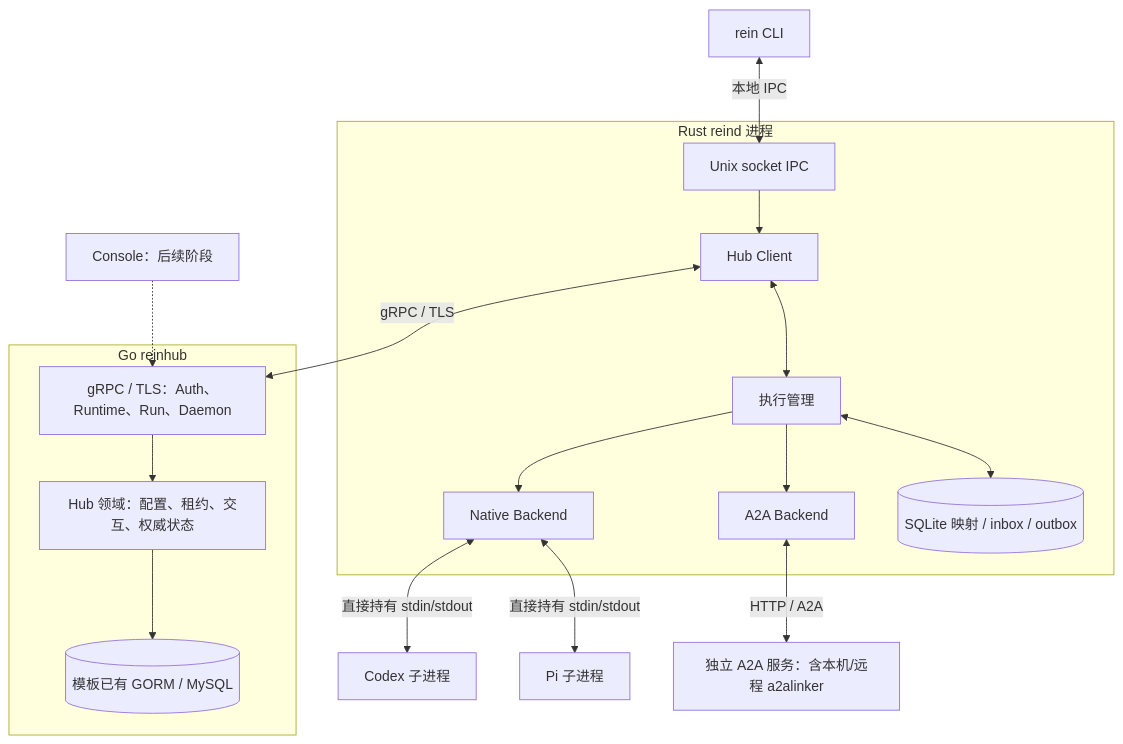
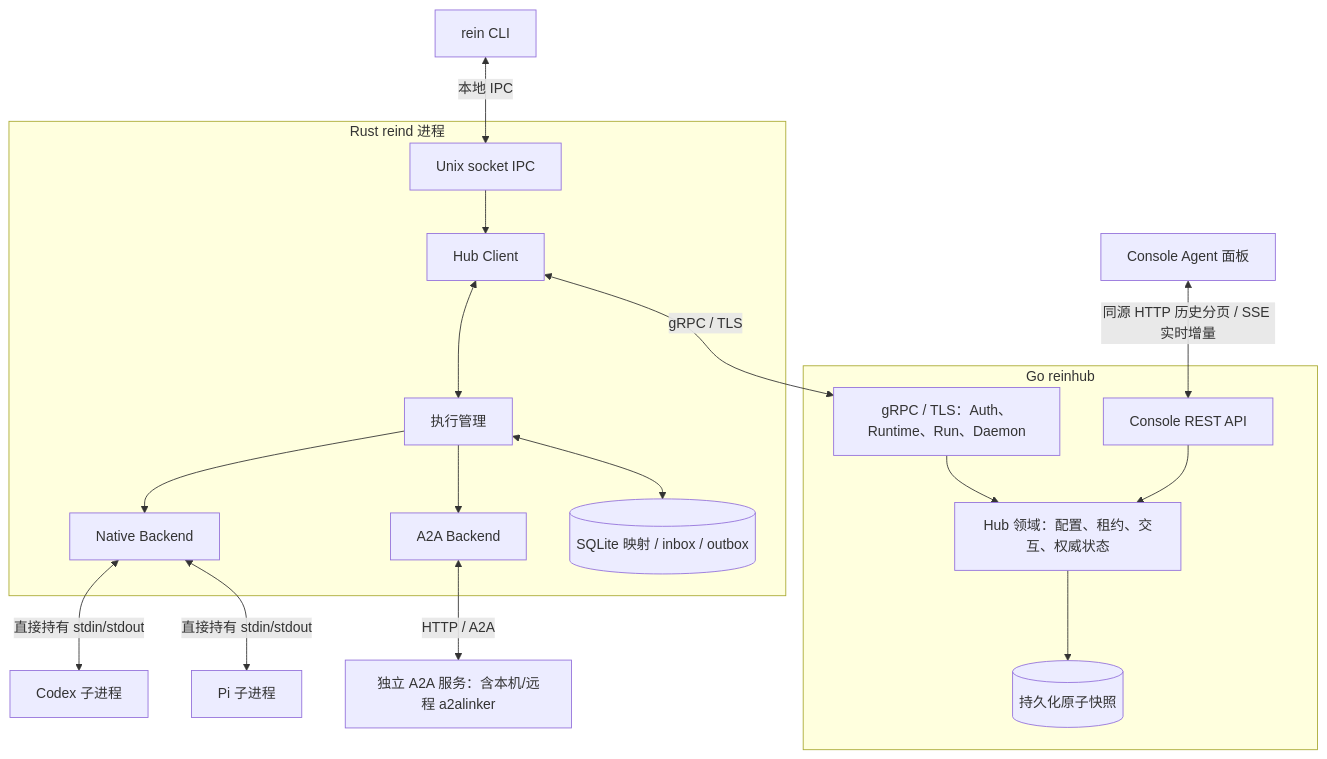
One commit to reinsman/proto changed the diagram in docs/architecture.md. Above: the diagram before and after it, drawn with Mermaid. The commit also changed other lines of this file and 6 other files, not shown here.

````diff
--- a/docs/architecture.md
+++ b/docs/architecture.md
@@ -3,33 +3,35 @@
 ```mermaid
 flowchart TB
     cli["rein CLI"]
-    console["Console：后续阶段"]
+    console["Console Agent 面板"]
     subgraph hub["Go reinhub"]
         api["gRPC / TLS：Auth、Runtime、Run、Daemon"]
         domain["Hub 领域：配置、租约、交互、权威状态"]
-        db[("模板已有 GORM / MySQL")]
+        rest["Console REST API"]
+        db[("持久化原子快照")]
         api --> domain --> db
+        rest --> domain
     end
     subgraph daemon["Rust reind 进程"]
         ipc["Unix socket IPC"]
         client["Hub Client"]
         runner["执行管理"]
         native["Native Backend"]
         a2a["A2A Backend"]
         store[("SQLite 映射 / inbox / outbox")]
         ipc --> client
         client <--> runner
         runner --> native
         runner --> a2a
         runner <--> store
     end
     codex["Codex 子进程"]
     pi["Pi 子进程"]
     service["独立 A2A 服务：含本机/远程 a2alinker"]
     cli <-->|"本地 IPC"| ipc
     client <-->|"gRPC / TLS"| api
-    console -.-> api
+    console <-->|"同源 HTTP 历史分页 / SSE 实时增量"| rest
     native <-->|"直接持有 stdin/stdout"| codex
     native <-->|"直接持有 stdin/stdout"| pi
     a2a <-->|"HTTP / A2A"| service
 ```
````
